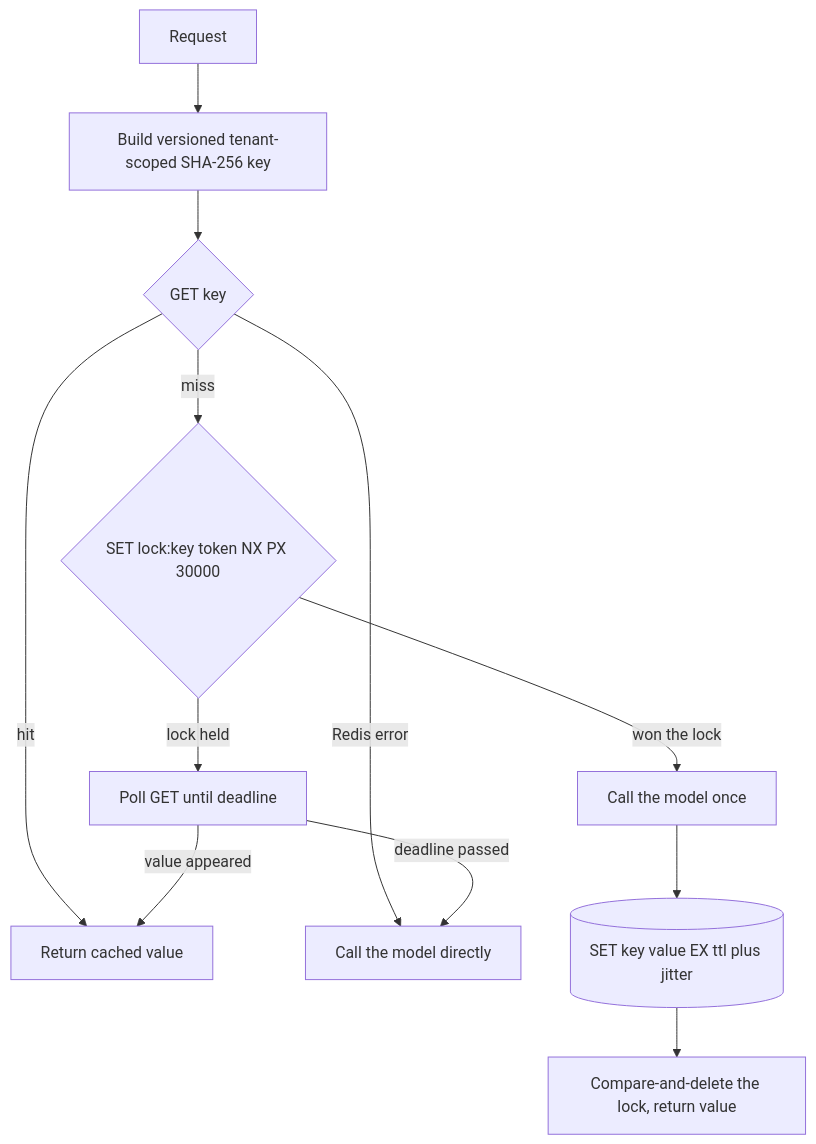
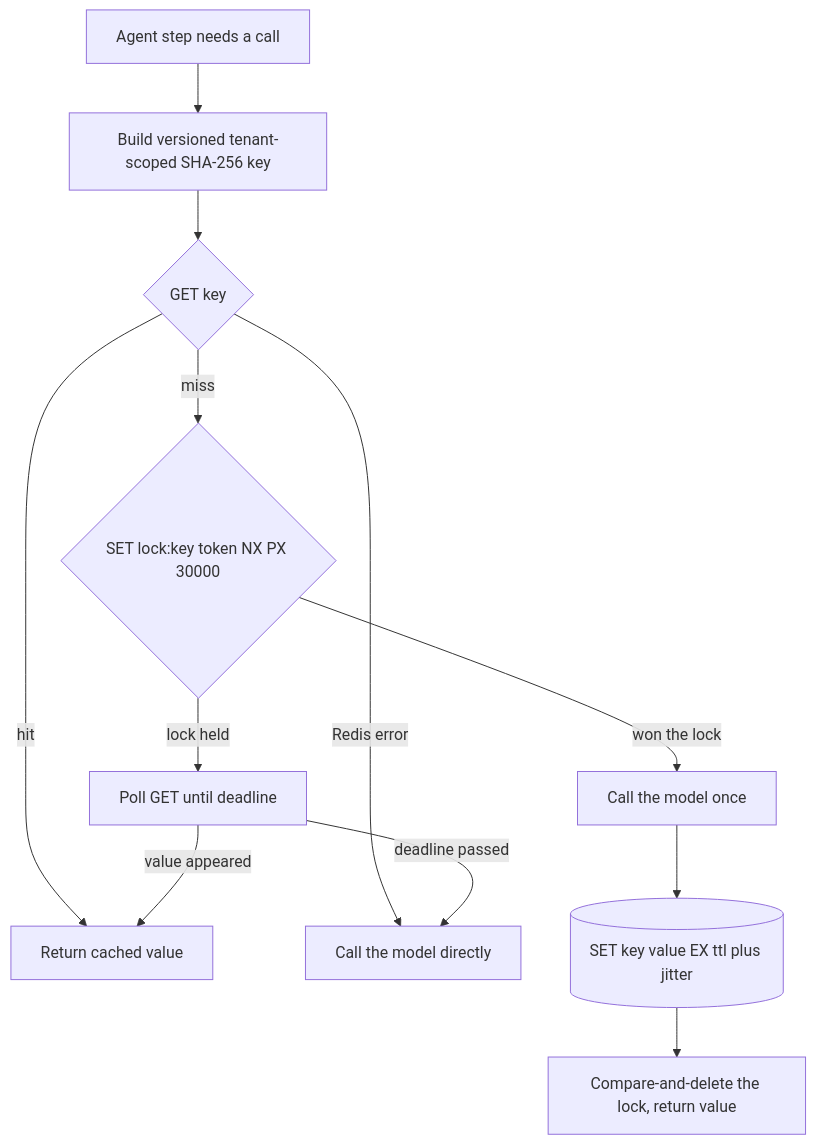
The diagram in content/fastapi-for-ai/redis-caching.md (lovishmahajan97/agentic-learning), drawn with Mermaid before and after one commit. The commit also changed other lines of this file and 266 other files, not shown here.

````diff
--- a/content/fastapi-for-ai/redis-caching.md
+++ b/content/fastapi-for-ai/redis-caching.md
@@ -133,14 +148,14 @@
 ```mermaid
 flowchart TD
-    R["Request"] --> K["Build versioned tenant-scoped SHA-256 key"]
+    R["Agent step needs a call"] --> K["Build versioned tenant-scoped SHA-256 key"]
     K --> G{"GET key"}
     G -->|"hit"| H["Return cached value"]
     G -->|"Redis error"| M["Call the model directly"]
     G -->|"miss"| L{"SET lock:key token NX PX 30000"}
     L -->|"won the lock"| C["Call the model once"]
     C --> S[("SET key value EX ttl plus jitter")]
     S --> U["Compare-and-delete the lock, return value"]
     L -->|"lock held"| W["Poll GET until deadline"]
     W -->|"value appeared"| H
     W -->|"deadline passed"| M
 ```
````
